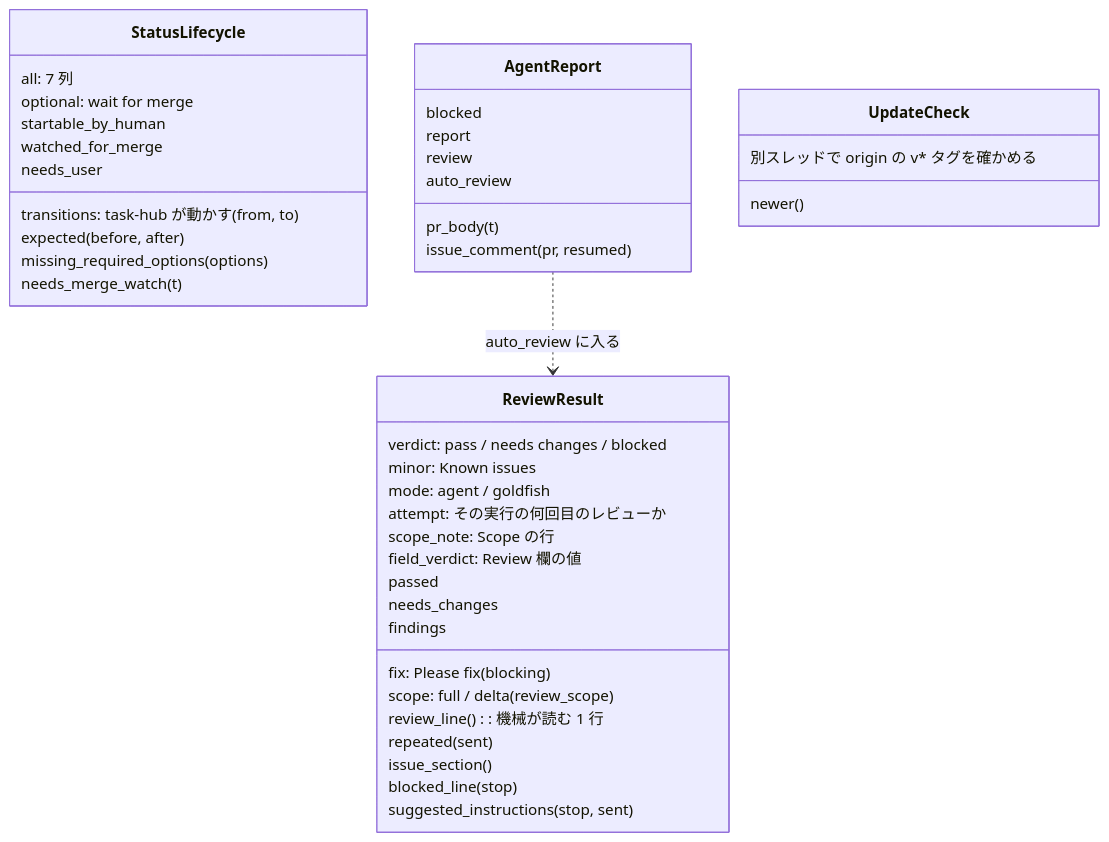
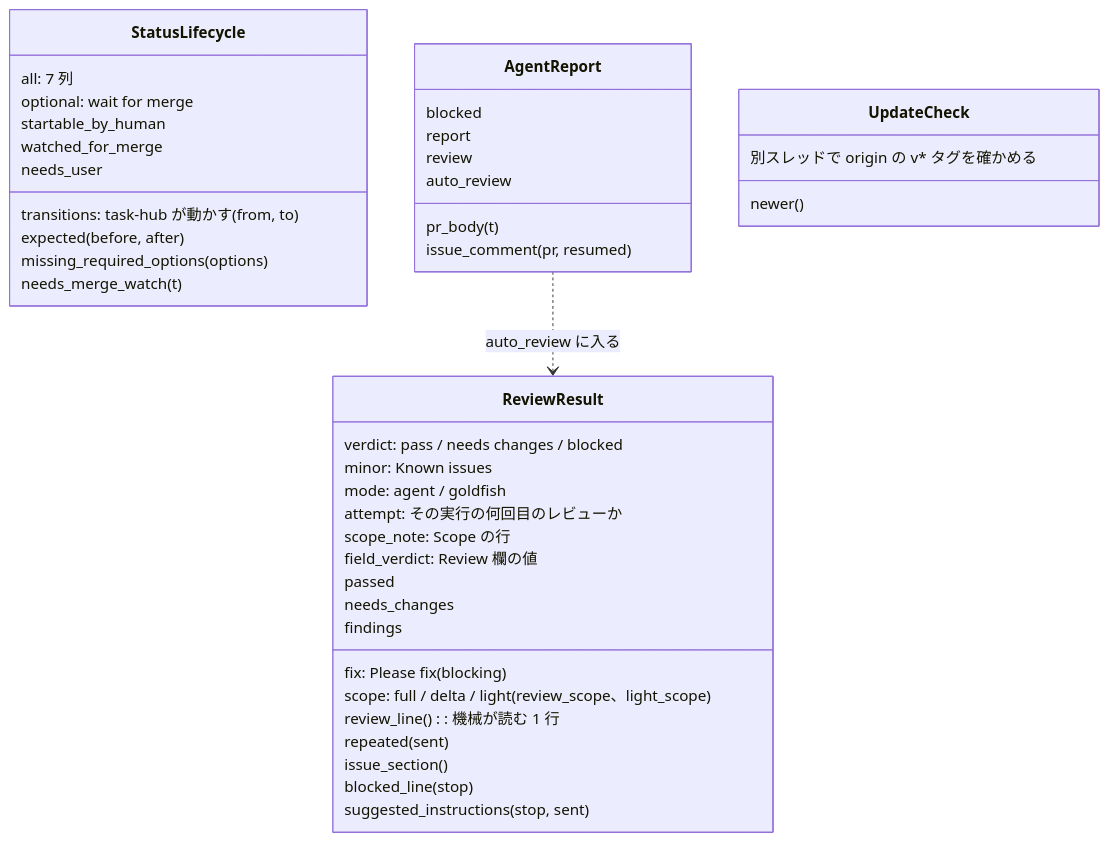
One commit to jyoka/task-hub changed the second of 10 diagrams in docs/architecture/lld.md. Above: the diagram before and after it, drawn with Mermaid. The commit also changed other lines of this file and 9 other files, not shown here.

````diff
--- a/docs/architecture/lld.md
+++ b/docs/architecture/lld.md
@@ -80,45 +80,45 @@
 ```mermaid
 classDiagram
     class StatusLifecycle {
         all: 7 列
         optional: wait for merge
         startable_by_human
         watched_for_merge
         needs_user
         transitions: task-hub が動かす (from, to)
         expected(before, after)
         missing_required_options(options)
         needs_merge_watch(t)
     }
     class AgentReport {
         blocked
         report
         review
         auto_review
         pr_body(t)
         issue_comment(pr, resumed)
     }
     class ReviewResult {
         verdict: pass / needs changes / blocked
         fix: Please fix(blocking)
         minor: Known issues
         mode: agent / goldfish
         attempt: その実行の何回目のレビューか
-        scope: full / delta(review_scope)
+        scope: full / delta / light(review_scope、light_scope)
         scope_note: Scope の行
         field_verdict: Review 欄の値
         review_line(): 機械が読む 1 行
         passed
         needs_changes
         findings
         repeated(sent)
         issue_section()
         blocked_line(stop)
         suggested_instructions(stop, sent)
     }
     class UpdateCheck {
         別スレッドで origin の v* タグを確かめる
         newer()
     }
     AgentReport ..> ReviewResult : auto_review に入る
 ```
````
